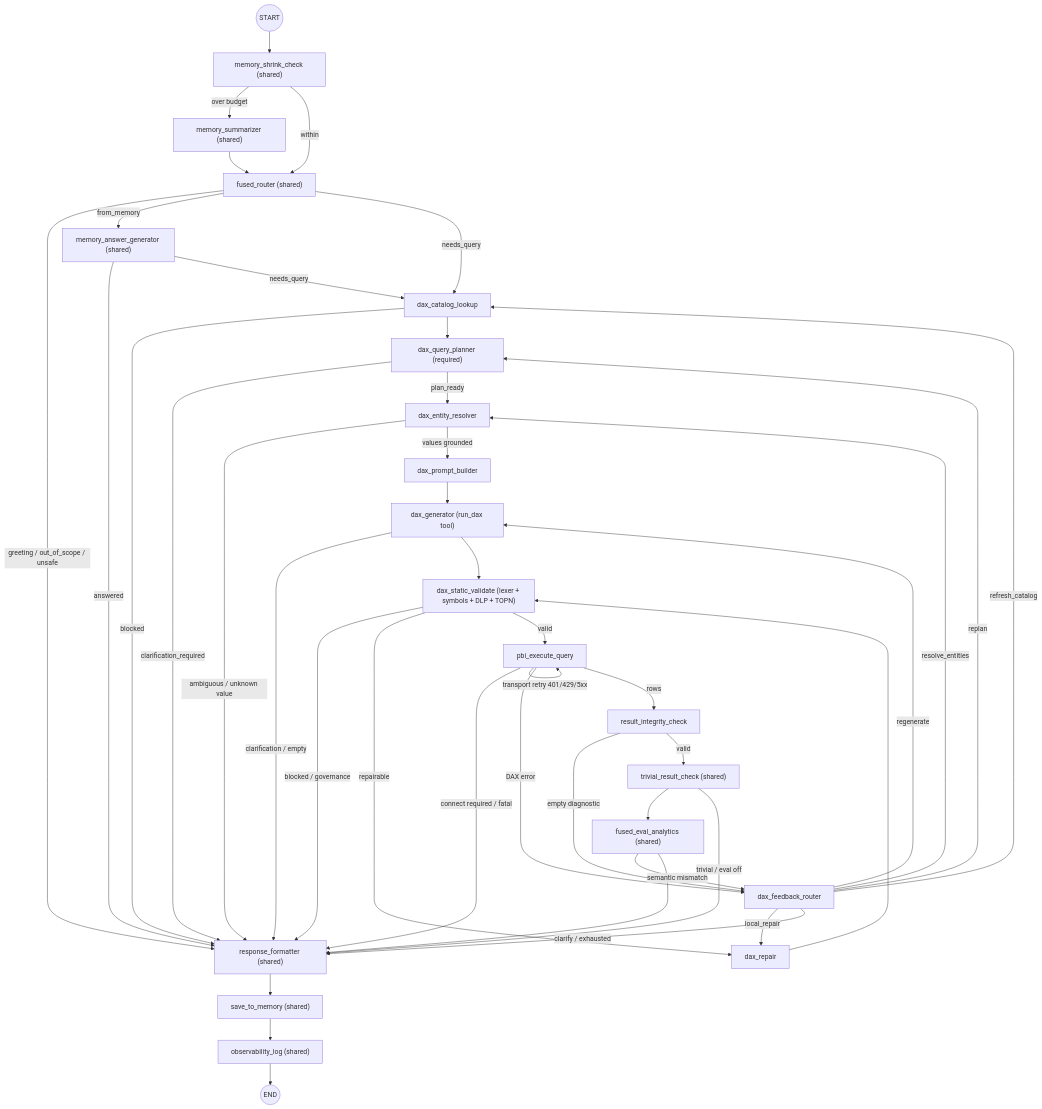
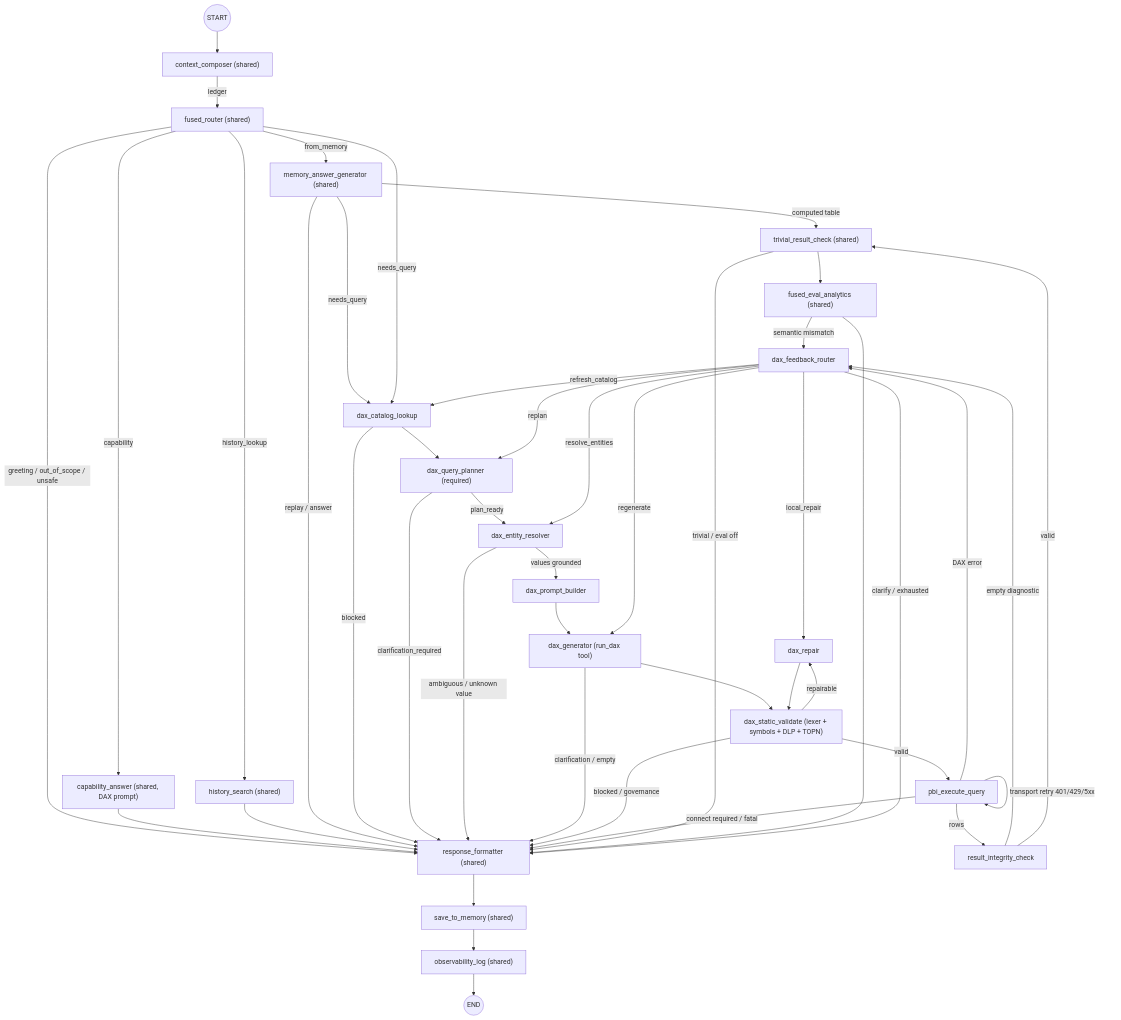
The diagram in docs/agent-state-flow-dax.md (vertigo15/jeen-insight), drawn with Mermaid before and after one commit. The commit also changed other lines of this file and 50 other files, not shown here.

````diff
--- a/docs/agent-state-flow-dax.md
+++ b/docs/agent-state-flow-dax.md
@@ -20,44 +20,47 @@
 ```mermaid
 flowchart TD
-    START(("START")) --> shrink["memory_shrink_check (shared)"]
-    shrink -->|over budget| sum["memory_summarizer (shared)"]
-    shrink -->|within| router
-    sum --> router["fused_router (shared)"]
+    START(("START")) --> ctx["context_composer (shared)"]
+    ctx -->|ledger| router["fused_router (shared)"]
     router -->|greeting / out_of_scope / unsafe| fmt
+    router -->|capability| cap["capability_answer (shared, DAX prompt)"]
+    cap --> fmt
+    router -->|history_lookup| hist["history_search (shared)"]
+    hist --> fmt
     router -->|from_memory| mem["memory_answer_generator (shared)"]
-    mem -->|answered| fmt
+    mem -->|replay / answer| fmt
+    mem -->|computed table| triv
     mem -->|needs_query| cat
     router -->|needs_query| cat["dax_catalog_lookup"]
     cat -->|blocked| fmt
     cat --> planner["dax_query_planner (required)"]
     planner -->|clarification_required| fmt
     planner -->|plan_ready| entity["dax_entity_resolver"]
     entity -->|ambiguous / unknown value| fmt
     entity -->|values grounded| pb["dax_prompt_builder"]
     pb --> gen["dax_generator (run_dax tool)"]
     gen -->|clarification / empty| fmt
     gen --> val["dax_static_validate (lexer + symbols + DLP + TOPN)"]
     val -->|blocked / governance| fmt
     val -->|repairable| repair["dax_repair"]
     repair --> val
     val -->|valid| exec["pbi_execute_query"]
     exec -->|transport retry 401/429/5xx| exec
     exec -->|connect required / fatal| fmt
     exec -->|DAX error| fbr["dax_feedback_router"]
     exec -->|rows| integ["result_integrity_check"]
     integ -->|empty diagnostic| fbr
     integ -->|valid| triv["trivial_result_check (shared)"]
     triv --> evl["fused_eval_analytics (shared)"]
     triv -->|trivial / eval off| fmt
     evl -->|semantic mismatch| fbr
     evl --> fmt["response_formatter (shared)"]
     fbr -->|local_repair| repair
     fbr -->|regenerate| gen
     fbr -->|replan| planner
     fbr -->|resolve_entities| entity
     fbr -->|refresh_catalog| cat
     fbr -->|clarify / exhausted| fmt
     fmt --> save["save_to_memory (shared)"]
     save --> log["observability_log (shared)"]
     log --> ENDN(("END"))
 ```
````
